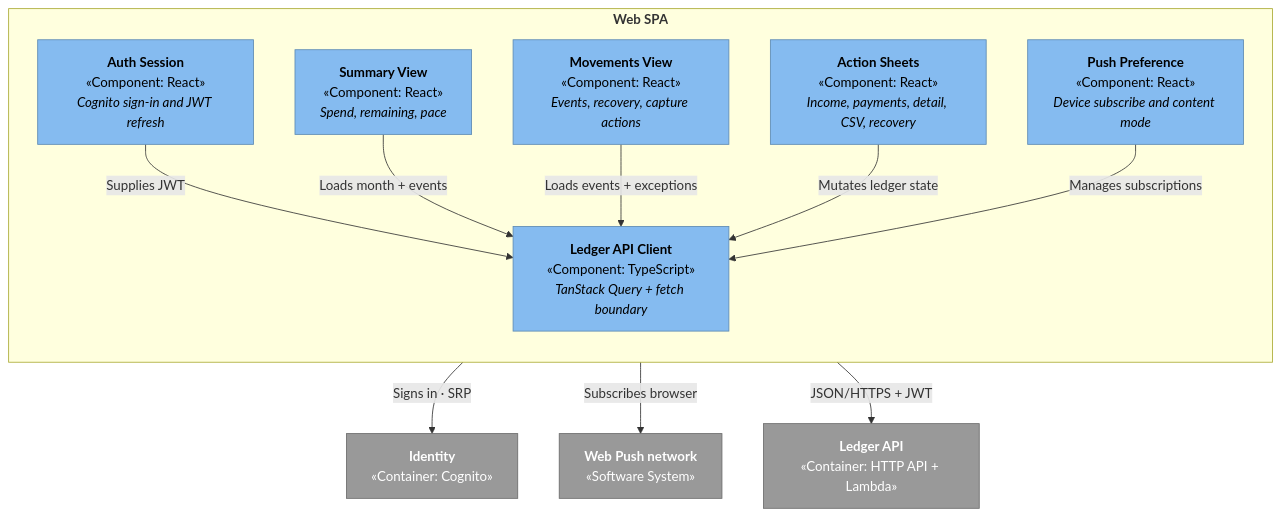
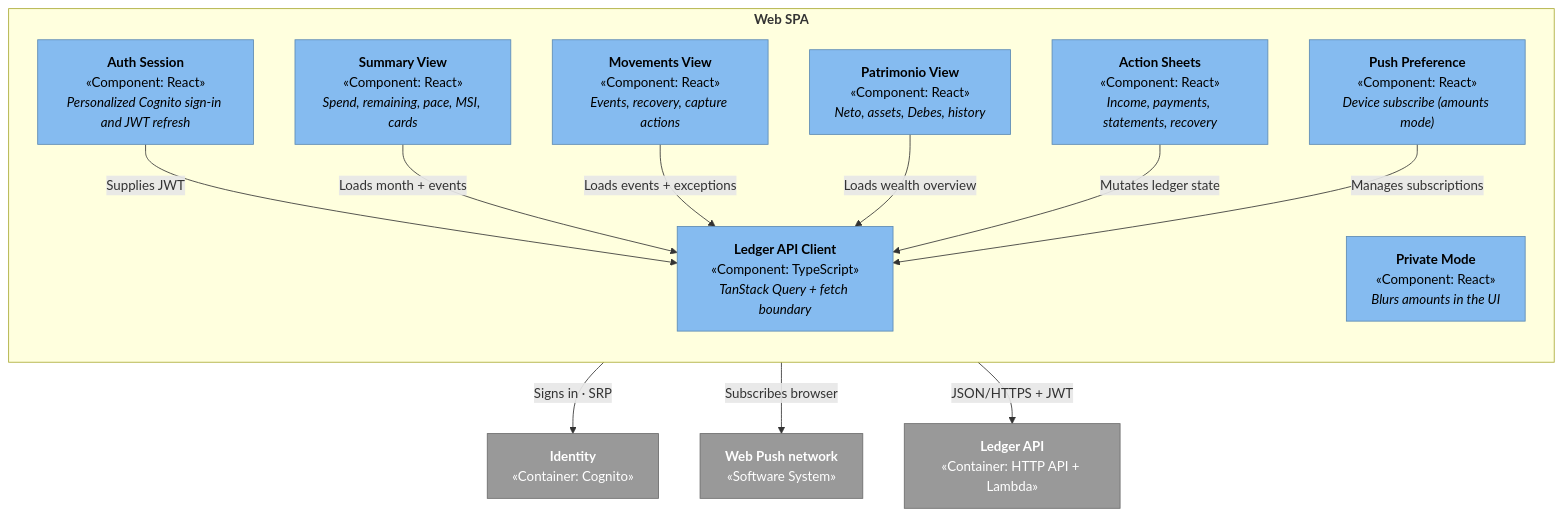
One commit to DavidCs9/personal-finance-system changed the fourth of 4 diagrams in docs/architecture.md. Above: the diagram before and after it, drawn with Mermaid. The commit also changed other lines of this file and 13 other files, not shown here.

````diff
--- a/docs/architecture.md
+++ b/docs/architecture.md
@@ -259,46 +304,53 @@
 ```mermaid
 flowchart TB
   classDef component fill:#85BBF0,stroke:#5D8AB3,color:#000,stroke-width:1px
   classDef external fill:#999999,stroke:#6B6B6B,color:#fff,stroke-width:1px
 
   cognito["`**Identity**
 «Container: Cognito»`"]
   api["`**Ledger API**
 «Container: HTTP API + Lambda»`"]
   webpush["`**Web Push network**
 «Software System»`"]
 
   subgraph spa["`**Web SPA**`"]
     direction TB
     auth["`**Auth Session**
 «Component: React»
-_Cognito sign-in and JWT refresh_`"]
+_Personalized Cognito sign-in and JWT refresh_`"]
     summary["`**Summary View**
 «Component: React»
-_Spend, remaining, pace_`"]
+_Spend, remaining, pace, MSI, cards_`"]
     movements["`**Movements View**
 «Component: React»
 _Events, recovery, capture actions_`"]
+    wealthView["`**Patrimonio View**
+«Component: React»
+_Neto, assets, Debes, history_`"]
     sheets["`**Action Sheets**
 «Component: React»
-_Income, payments, detail, CSV, recovery_`"]
+_Income, payments, statements, recovery_`"]
+    privateMode["`**Private Mode**
+«Component: React»
+_Blurs amounts in the UI_`"]
     pushpref["`**Push Preference**
 «Component: React»
-_Device subscribe and content mode_`"]
+_Device subscribe (amounts mode)_`"]
     client["`**Ledger API Client**
 «Component: TypeScript»
 _TanStack Query + fetch boundary_`"]
   end
 
   auth -->|"Signs in · SRP"| cognito
   auth -->|"Supplies JWT"| client
   summary -->|"Loads month + events"| client
   movements -->|"Loads events + exceptions"| client
+  wealthView -->|"Loads wealth overview"| client
   sheets -->|"Mutates ledger state"| client
   pushpref -->|"Manages subscriptions"| client
   pushpref -->|"Subscribes browser"| webpush
   client -->|"JSON/HTTPS + JWT"| api
 
-  class auth,summary,movements,sheets,pushpref,client component
+  class auth,summary,movements,wealthView,sheets,privateMode,pushpref,client component
   class cognito,api,webpush external
 ```
````
